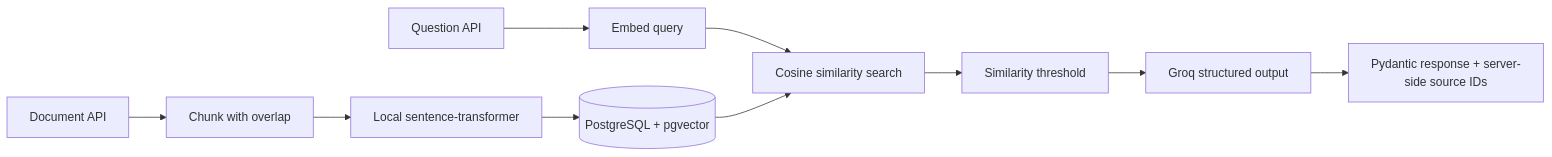
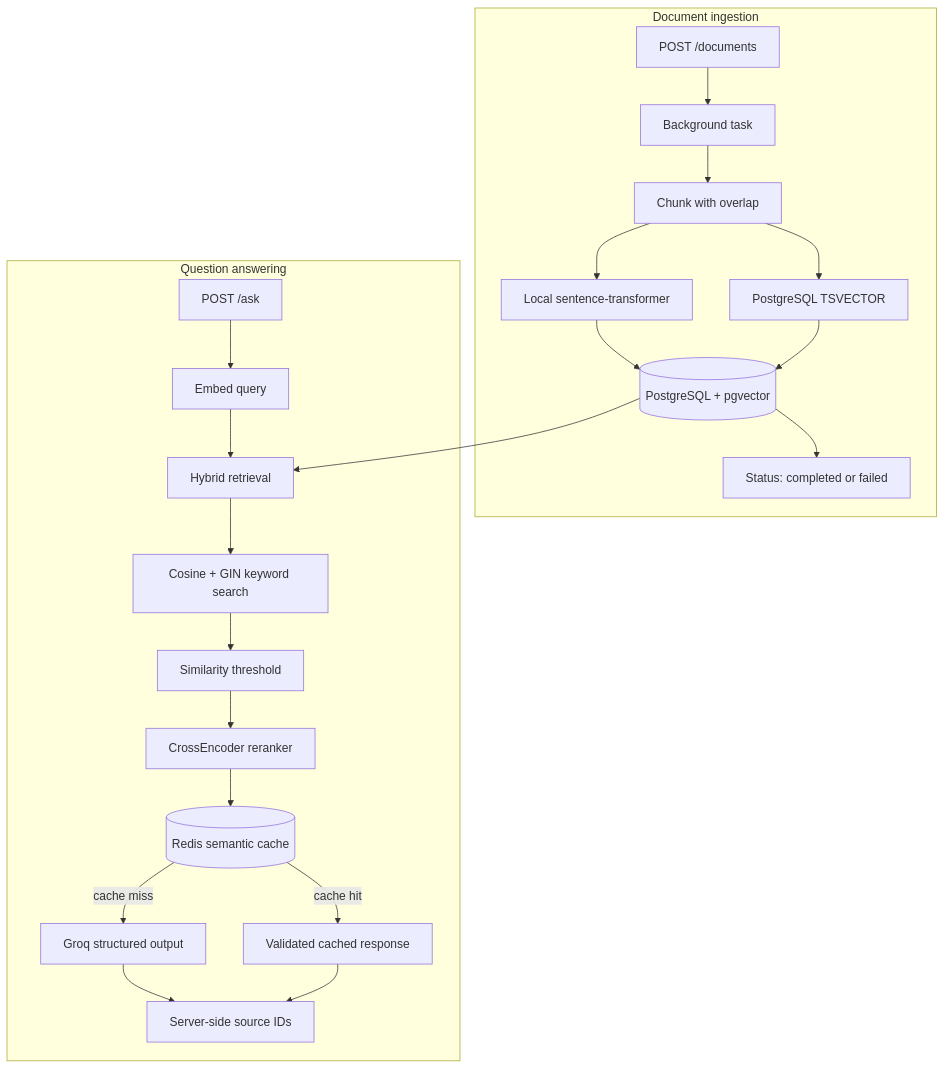
One commit to Kesarwani17/rag-knowledge-assistant-api changed the diagram in README.md. Above: the diagram before and after it, drawn with Mermaid. The commit also changed other lines of this file, not shown here.

Commit message:
feat: enhance README with tenant-scoped retrieval, caching details, and updated flowcharts

````diff
--- a/README.md
+++ b/README.md
@@ -13,12 +20,26 @@
 ```mermaid
-flowchart LR
-    A[Document API] --> B[Chunk with overlap]
-    B --> C[Local sentence-transformer]
-    C --> D[(PostgreSQL + pgvector)]
-    Q[Question API] --> E[Embed query]
-    E --> F[Cosine similarity search]
-    D --> F
-    F --> G[Similarity threshold]
-    G --> H[Groq structured output]
-    H --> I[Pydantic response + server-side source IDs]
+flowchart TB
+  subgraph INGEST[Document ingestion]
+    A[POST /documents] --> B[Background task]
+    B --> C[Chunk with overlap]
+    C --> D[Local sentence-transformer]
+    C --> E[PostgreSQL TSVECTOR]
+    D --> F[(PostgreSQL + pgvector)]
+    E --> F
+    F --> G[Status: completed or failed]
+  end
+
+  subgraph ANSWER[Question answering]
+    H[POST /ask] --> I[Embed query]
+    I --> J[Hybrid retrieval]
+    F --> J
+    J --> K[Cosine + GIN keyword search]
+    K --> L[Similarity threshold]
+    L --> M[CrossEncoder reranker]
+    M --> N[(Redis semantic cache)]
+    N -- cache hit --> O[Validated cached response]
+    N -- cache miss --> P[Groq structured output]
+    P --> Q[Server-side source IDs]
+    O --> Q
+  end
 ```
````
